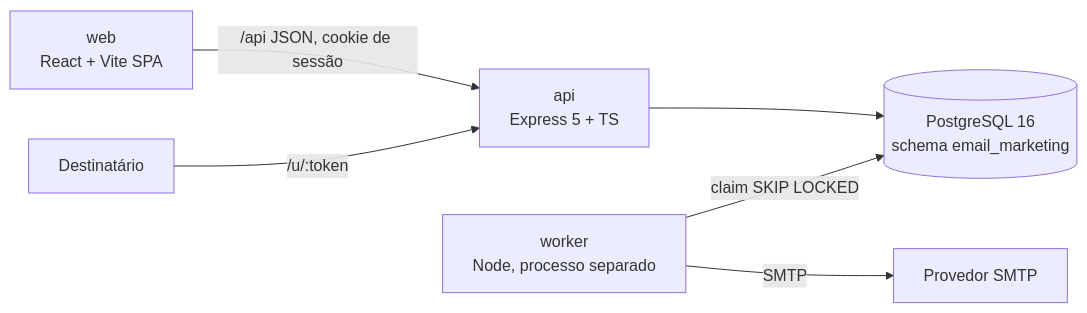
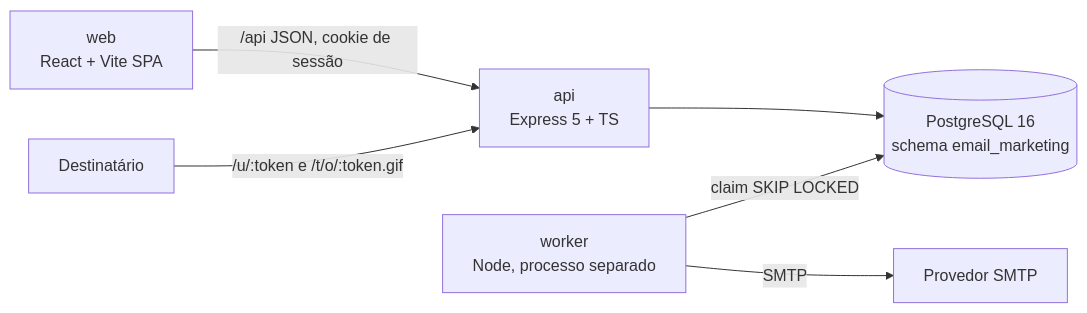
Before and after one commit to laerciogermano/workstation: the second of 2 diagrams in conectmax/connectmax/email-marketing/docs/arquitetura.md, drawn with Mermaid. The commit also changed other lines of this file and 299 other files, not shown here.

````diff
--- a/conectmax/connectmax/email-marketing/docs/arquitetura.md
+++ b/conectmax/connectmax/email-marketing/docs/arquitetura.md
@@ -23,8 +23,8 @@
 ```mermaid
 flowchart LR
   web[web<br/>React + Vite SPA] -->|/api JSON, cookie de sessão| api[api<br/>Express 5 + TS]
-  dest[Destinatário] -->|/u/:token| api
+  dest[Destinatário] -->|/u/:token e /t/o/:token.gif| api
   api --> pg[(PostgreSQL 16<br/>schema email_marketing)]
   worker[worker<br/>Node, processo separado] -->|claim SKIP LOCKED| pg
   worker -->|SMTP| smtp[Provedor SMTP]
 ```
````
